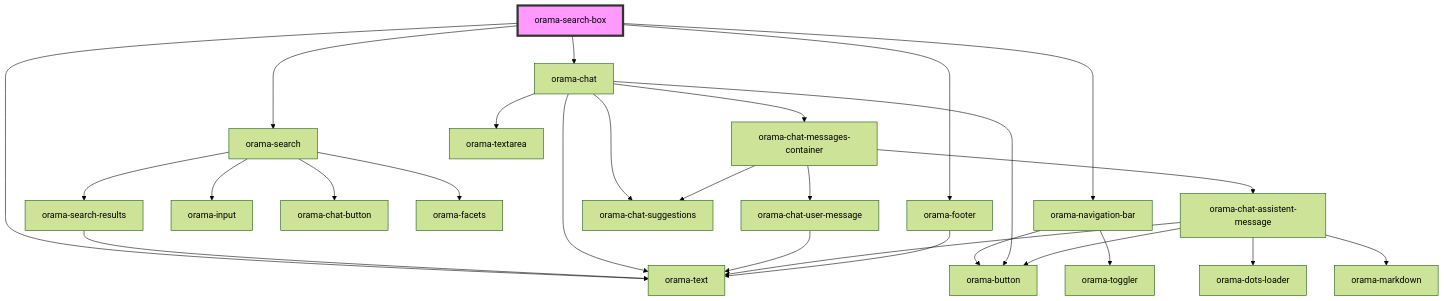
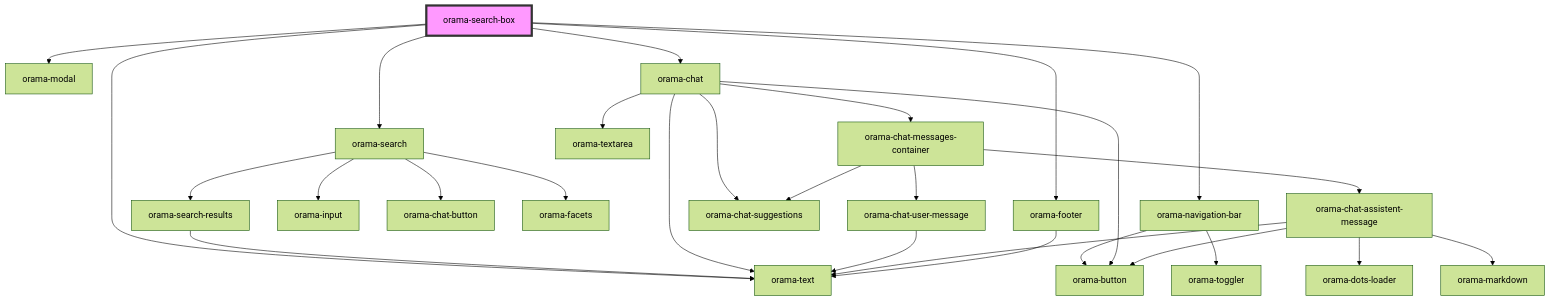
One commit to askorama/orama-ui-components changed the diagram in packages/ui-stencil/src/components/orama-search-box/readme.md. Above: the diagram before and after it, drawn with Mermaid (forest theme). The commit also changed other lines of this file and 9 other files, not shown here.

Commit message:
feat: add orama modal

````diff
--- a/packages/ui-stencil/src/components/orama-search-box/readme.md
+++ b/packages/ui-stencil/src/components/orama-search-box/readme.md
@@ -29,30 +30,31 @@
 ```mermaid
 graph TD;
   orama-search-box --> orama-text
+  orama-search-box --> orama-modal
   orama-search-box --> orama-navigation-bar
   orama-search-box --> orama-search
   orama-search-box --> orama-chat
   orama-search-box --> orama-footer
   orama-navigation-bar --> orama-button
   orama-navigation-bar --> orama-toggler
   orama-search --> orama-input
   orama-search --> orama-chat-button
   orama-search --> orama-facets
   orama-search --> orama-search-results
   orama-search-results --> orama-text
   orama-chat --> orama-chat-messages-container
   orama-chat --> orama-chat-suggestions
   orama-chat --> orama-textarea
   orama-chat --> orama-button
   orama-chat --> orama-text
   orama-chat-messages-container --> orama-chat-user-message
   orama-chat-messages-container --> orama-chat-assistent-message
   orama-chat-messages-container --> orama-chat-suggestions
   orama-chat-user-message --> orama-text
   orama-chat-assistent-message --> orama-dots-loader
   orama-chat-assistent-message --> orama-text
   orama-chat-assistent-message --> orama-markdown
   orama-chat-assistent-message --> orama-button
   orama-footer --> orama-text
   style orama-search-box fill:#f9f,stroke:#333,stroke-width:4px
 ```
````
